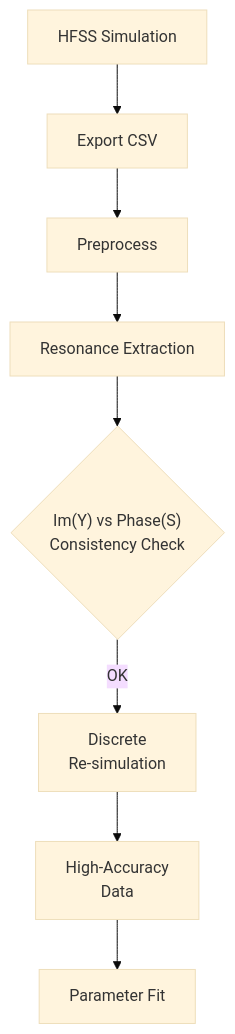
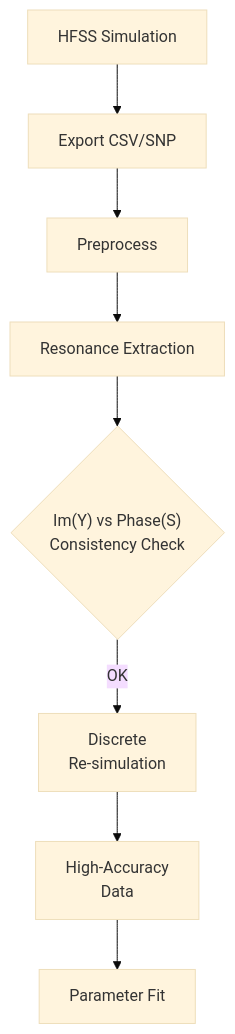
Before and after one commit to arfiligol/superconducting-circuits-tutorial: the diagram in docs/tutorials/simulation-workflow.md, drawn with Mermaid (base theme). The commit also changed other lines of this file and 53 other files, not shown here.

````diff
--- a/docs/tutorials/simulation-workflow.md
+++ b/docs/tutorials/simulation-workflow.md
@@ -27,10 +27,10 @@
 ```mermaid
 flowchart TB
-    A["HFSS Simulation"] --> B["Export CSV"]
+    A["HFSS Simulation"] --> B["Export CSV/SNP"]
     B --> C["Preprocess"]
     C --> D["Resonance Extraction"]
     D --> E{"Im(Y) vs Phase(S)<br/>Consistency Check"}
     E -->|OK| F["Discrete<br/>Re-simulation"]
     F --> G["High-Accuracy<br/>Data"]
     G --> H["Parameter Fit"]
 ```
````
